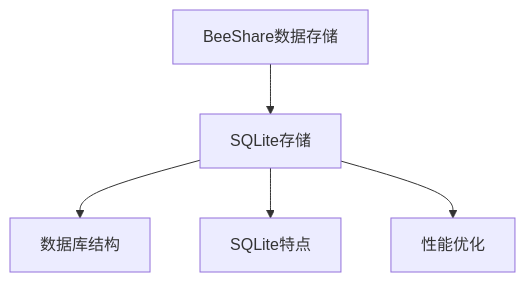
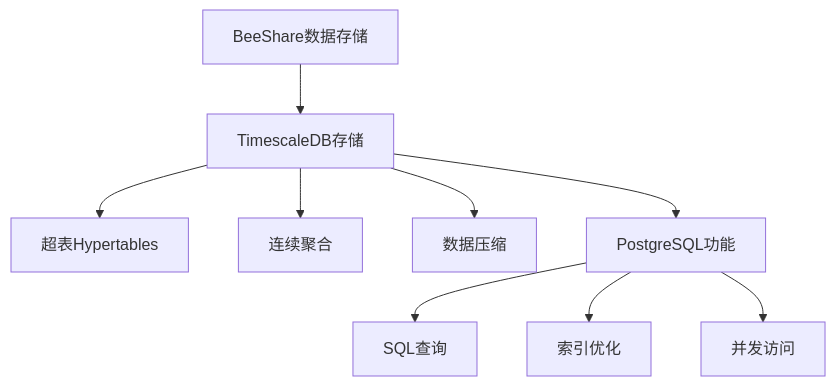
One commit to Rosa-panda/Beeshare changed the diagram in docs/storage_guide.md. Above: the diagram before and after it, drawn with Mermaid. The commit also changed other lines of this file and 12 other files, not shown here.

````diff
--- a/docs/storage_guide.md
+++ b/docs/storage_guide.md
@@ -7,7 +7,11 @@
 ```mermaid
 graph TD
-    A[BeeShare数据存储] --> C[SQLite存储]
-    C --> F[数据库结构]
-    C --> G[SQLite特点]
-    C --> H[性能优化]
+    A[BeeShare数据存储] --> C[TimescaleDB存储]
+    C --> D[超表Hypertables]
+    C --> E[连续聚合]
+    C --> F[数据压缩]
+    C --> G[PostgreSQL功能]
+    G --> H[SQL查询]
+    G --> I[索引优化]
+    G --> J[并发访问]
 ```
````
